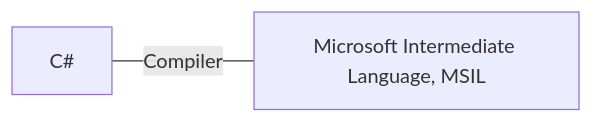
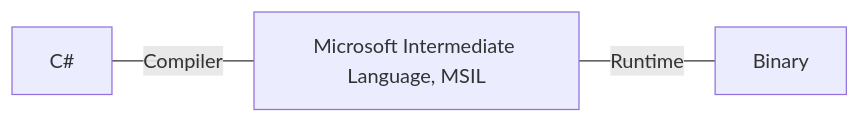
One commit to sximenez/2023-11-nov-c--fundamentals changed the second of 15 diagrams in README.md. Above: the diagram before and after it, drawn with Mermaid. The commit also changed other lines of this file and 27 other files, not shown here.

````diff
--- a/README.md
+++ b/README.md
@@ -32,5 +45,5 @@
 ```mermaid
 graph LR
 
-1[C#] ---|Compiler| 2[Microsoft Intermediate Language, MSIL]
+1[C#] ---|Compiler| 2[Microsoft Intermediate Language, MSIL] --- |Runtime| Binary
 ```
````
